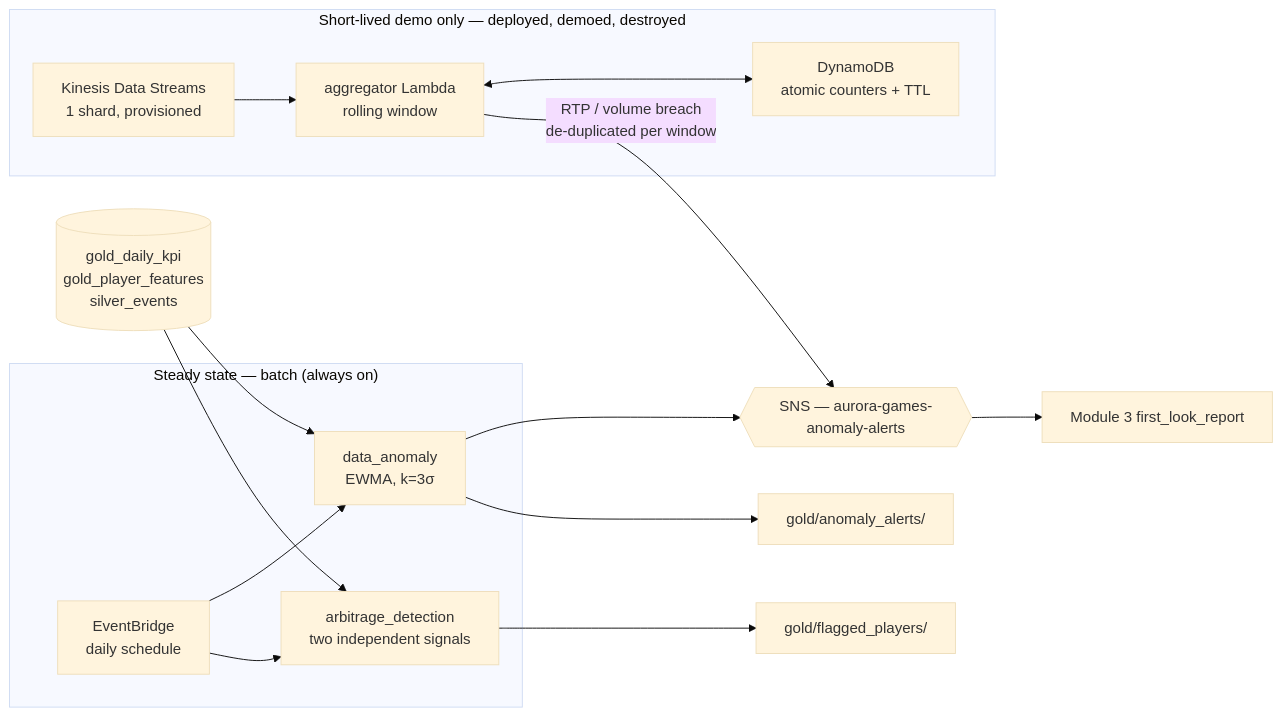
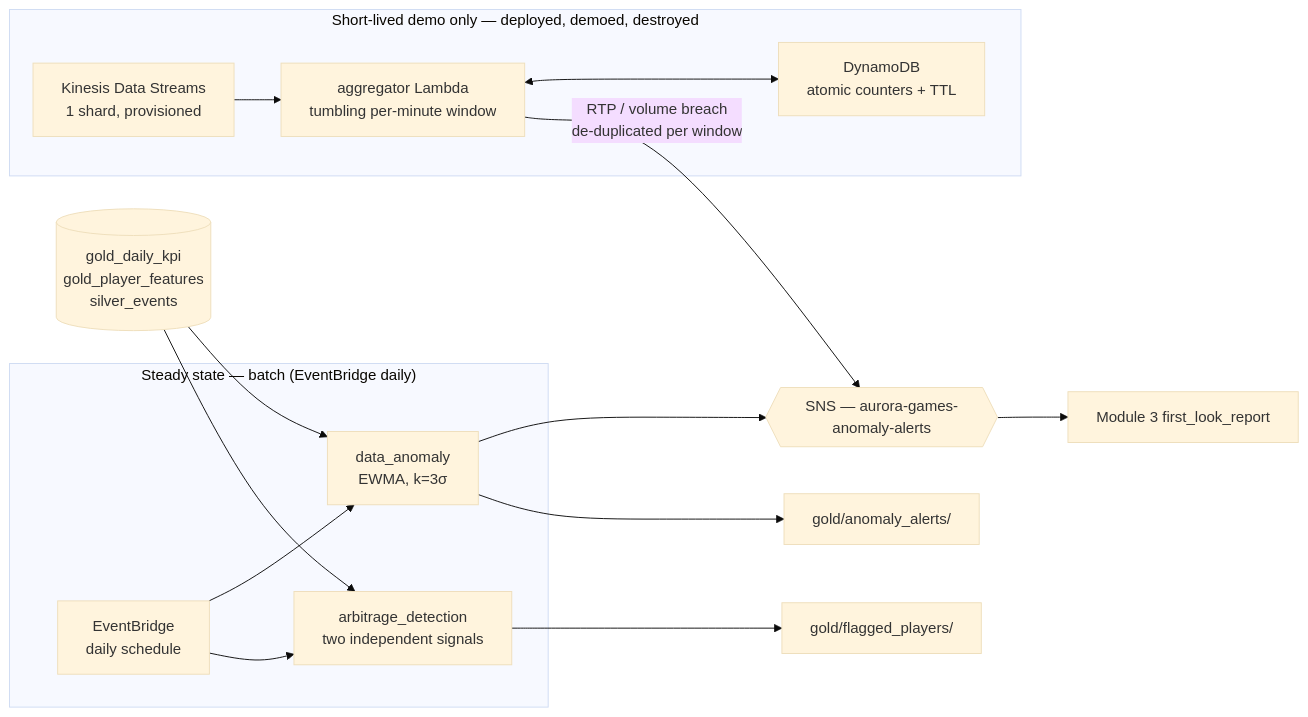
Before and after one commit to leonlaiyc/aws_game_data_platform: the third of 8 diagrams in diagrams/README.md, drawn with Mermaid (base theme). The commit also changed other lines of this file and 17 other files, not shown here.

````diff
--- a/diagrams/README.md
+++ b/diagrams/README.md
@@ -121,30 +124,30 @@
 ```mermaid
 flowchart LR
-    subgraph BATCH["Steady state — batch (always on)"]
+    subgraph BATCH["Steady state — batch (EventBridge daily)"]
         EB1["EventBridge<br/>daily schedule"]
         EWMA["data_anomaly<br/>EWMA, k=3σ"]
         ARB["arbitrage_detection<br/>two independent signals"]
         EB1 --> EWMA
         EB1 --> ARB
     end
 
     subgraph STREAM["Short-lived demo only — deployed, demoed, destroyed"]
         KIN["Kinesis Data Streams<br/>1 shard, provisioned"]
-        AGG["aggregator Lambda<br/>rolling window"]
+        AGG["aggregator Lambda<br/>tumbling per-minute window"]
         DDB["DynamoDB<br/>atomic counters + TTL"]
         KIN --> AGG
         AGG <--> DDB
     end
 
     GOLD[("gold_daily_kpi<br/>gold_player_features<br/>silver_events")]
     GOLD --> EWMA
     GOLD --> ARB
 
     SNS{{"SNS — aurora-games-anomaly-alerts"}}
     EWMA --> SNS
     AGG -->|"RTP / volume breach<br/>de-duplicated per window"| SNS
     ARB --> EVID["gold/flagged_players/"]
     EWMA --> EVID2["gold/anomaly_alerts/"]
 
     SNS --> M3["Module 3 first_look_report"]
 ```
````
